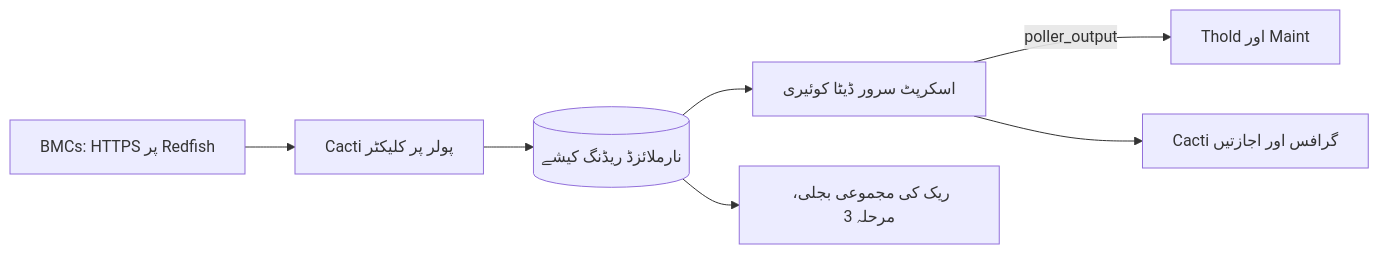
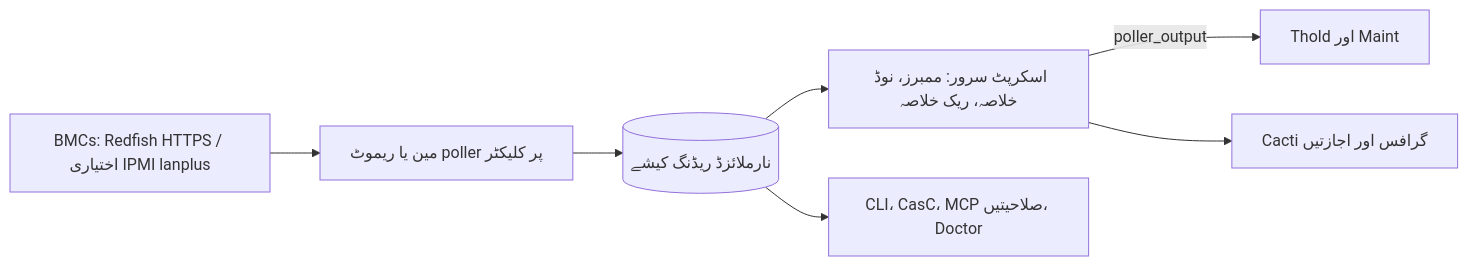
Before and after one commit to somethingwithproof/plugin_redfish: the diagram in docs/i18n/ur-PK/README.md, drawn with Mermaid. The commit also changed other lines of this file and 47 other files, not shown here.

````diff
--- a/docs/i18n/ur-PK/README.md
+++ b/docs/i18n/ur-PK/README.md
@@ -90,9 +140,9 @@
 ```mermaid
 flowchart LR
-    BMC["BMCs: HTTPS پر Redfish"] --> C["Cacti پولر پر کلیکٹر"]
+    BMC["BMCs: Redfish HTTPS / اختیاری IPMI lanplus"] --> C["مین یا ریموٹ poller پر کلیکٹر"]
     C --> CACHE[("نارملائزڈ ریڈنگ کیشے")]
-    CACHE --> SS["اسکرپٹ سرور ڈیٹا کوئیری"]
+    CACHE --> SS["اسکرپٹ سرور: ممبرز، نوڈ خلاصہ، ریک خلاصہ"]
     SS -->|poller_output| T["Thold اور Maint"]
     SS --> G["Cacti گرافس اور اجازتیں"]
-    CACHE --> R["ریک کی مجموعی بجلی، مرحلہ 3"]
+    CACHE --> ECO["CLI، CasC، MCP صلاحیتیں، Doctor"]
 ```
````
